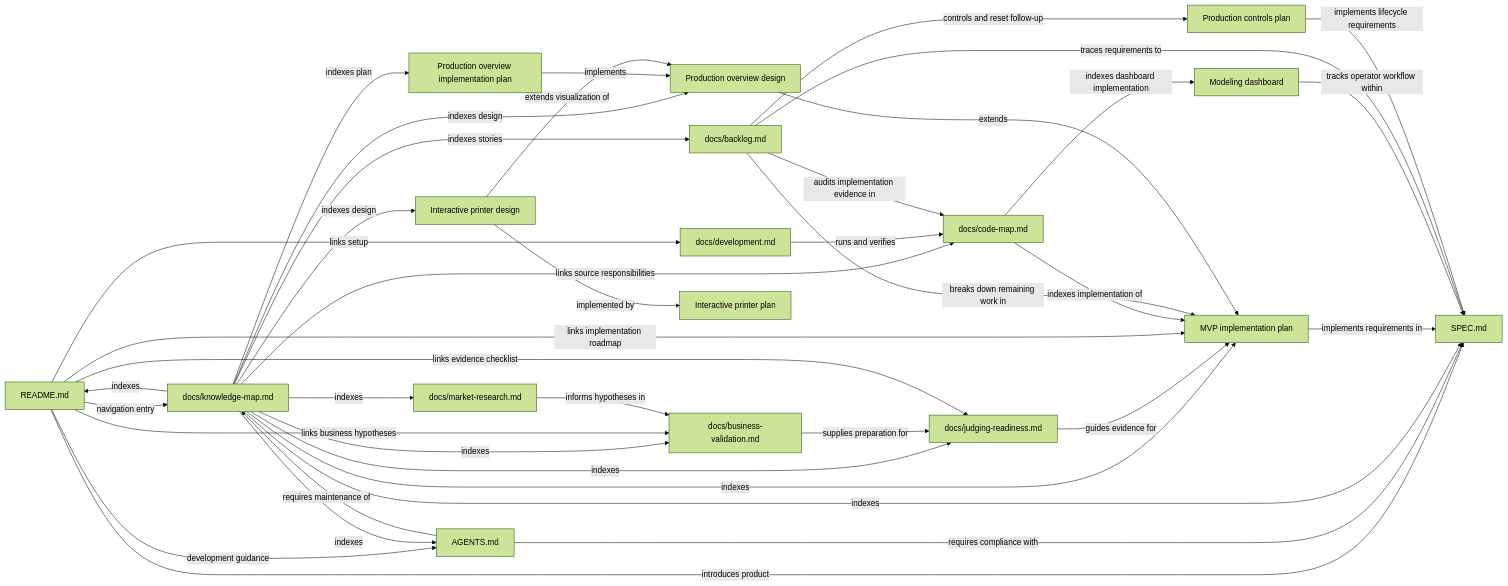
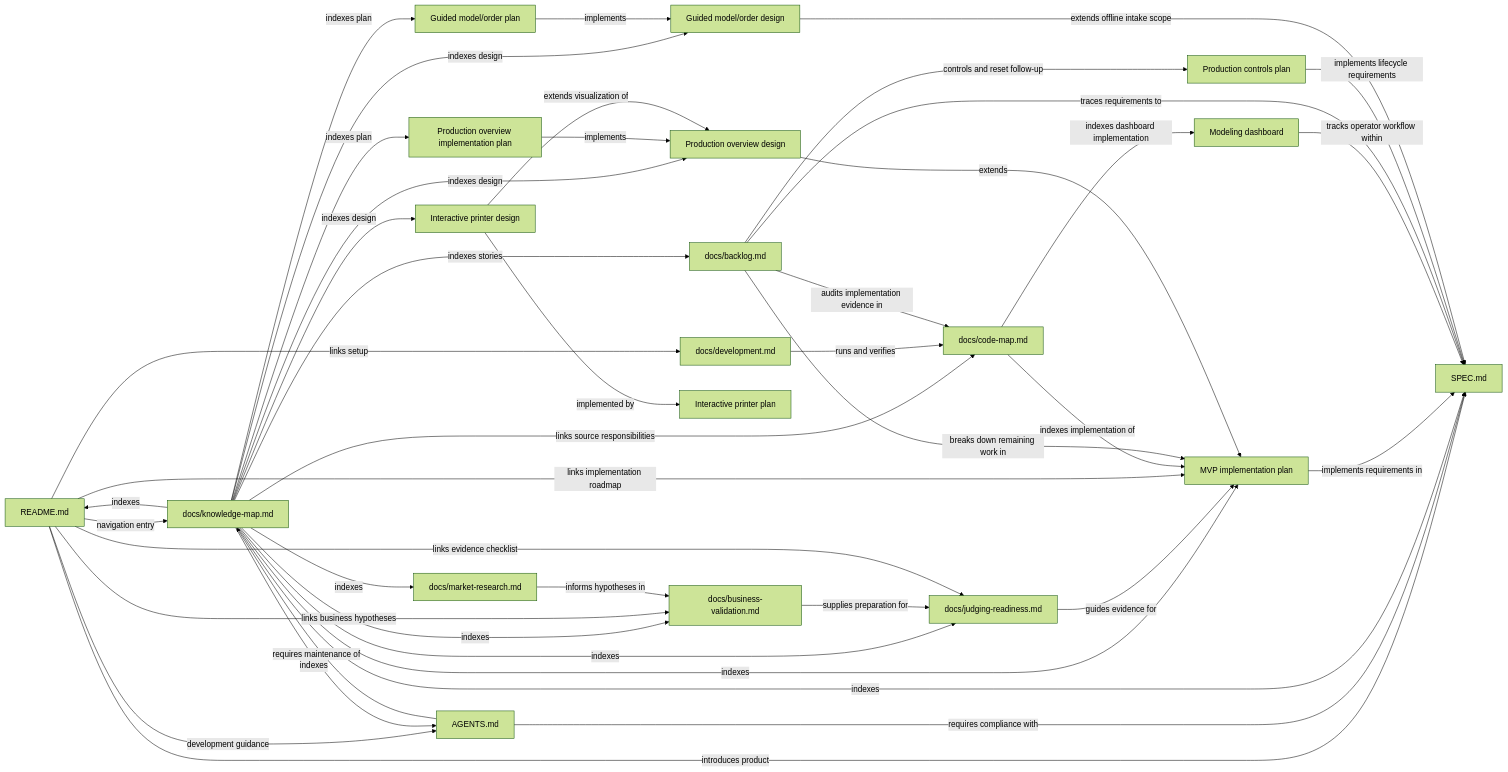
The diagram in docs/knowledge-map.md (DuztyMusketear/Print_Assist), drawn with Mermaid (forest theme) before and after one commit. The commit also changed other lines of this file and 45 other files, not shown here.

````diff
--- a/docs/knowledge-map.md
+++ b/docs/knowledge-map.md
@@ -11,41 +11,45 @@
 ```mermaid
 graph LR
     README["README.md"] -->|introduces product| SPEC["SPEC.md"]
     README -->|navigation entry| MAP["docs/knowledge-map.md"]
     README -->|development guidance| RULES["AGENTS.md"]
     RULES -->|requires compliance with| SPEC
     RULES -->|requires maintenance of| MAP
     MAP -->|indexes| README
     MAP -->|indexes| SPEC
     MAP -->|indexes| RULES
     PLAN["MVP implementation plan"] -->|implements requirements in| SPEC
     MAP -->|indexes| PLAN
     JUDGING["docs/judging-readiness.md"] -->|guides evidence for| PLAN
     MAP -->|indexes| JUDGING
     BUSINESS["docs/business-validation.md"] -->|supplies preparation for| JUDGING
     MAP -->|indexes| BUSINESS
     README -->|links implementation roadmap| PLAN
     README -->|links evidence checklist| JUDGING
     README -->|links business hypotheses| BUSINESS
     RESEARCH["docs/market-research.md"] -->|informs hypotheses in| BUSINESS
     MAP -->|indexes| RESEARCH
     CODE["docs/code-map.md"] -->|indexes implementation of| PLAN
     DASH["Modeling dashboard"] -->|tracks operator workflow within| SPEC
     CODE -->|indexes dashboard implementation| DASH
     MAP -->|links source responsibilities| CODE
     DEV["docs/development.md"] -->|runs and verifies| CODE
     README -->|links setup| DEV
     BACKLOG["docs/backlog.md"] -->|breaks down remaining work in| PLAN
     MAP -->|indexes stories| BACKLOG
     BACKLOG -->|traces requirements to| SPEC
     BACKLOG -->|audits implementation evidence in| CODE
     DESIGN["Production overview design"] -->|extends| PLAN
     MAP -->|indexes design| DESIGN
     OVERVIEWPLAN["Production overview implementation plan"] -->|implements| DESIGN
     MAP -->|indexes plan| OVERVIEWPLAN
     PRINTER3D["Interactive printer design"] -->|extends visualization of| DESIGN
     MAP -->|indexes design| PRINTER3D
     PRINTER3D -->|implemented by| VIEW3D["Interactive printer plan"]
     BACKLOG -->|controls and reset follow-up| CONTROLS["Production controls plan"]
     CONTROLS -->|implements lifecycle requirements| SPEC
+    WORKFLOW["Guided model/order design"] -->|extends offline intake scope| SPEC
+    MAP -->|indexes design| WORKFLOW
+    GUIDEDPLAN["Guided model/order plan"] -->|implements| WORKFLOW
+    MAP -->|indexes plan| GUIDEDPLAN
 ```
````
